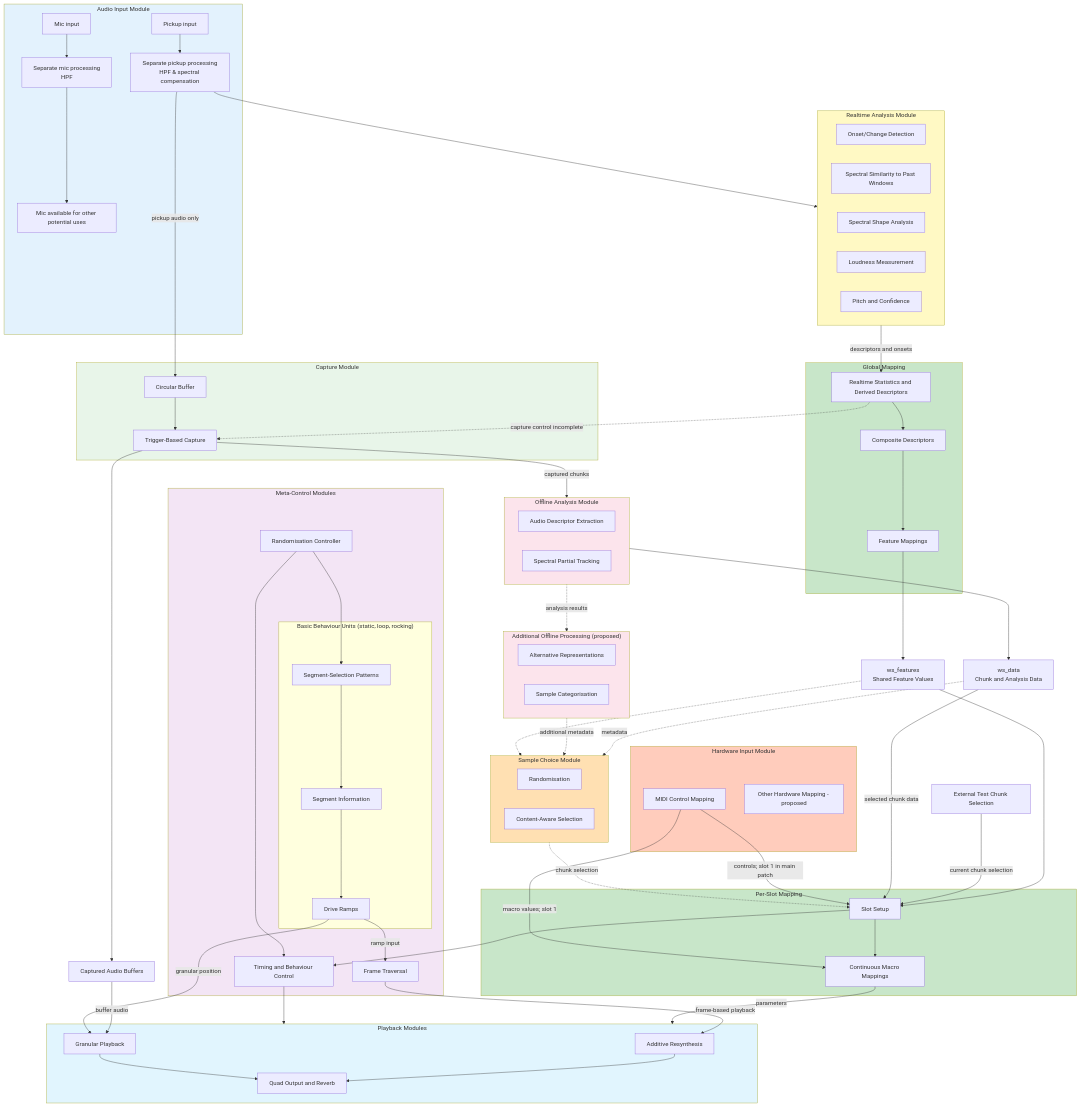
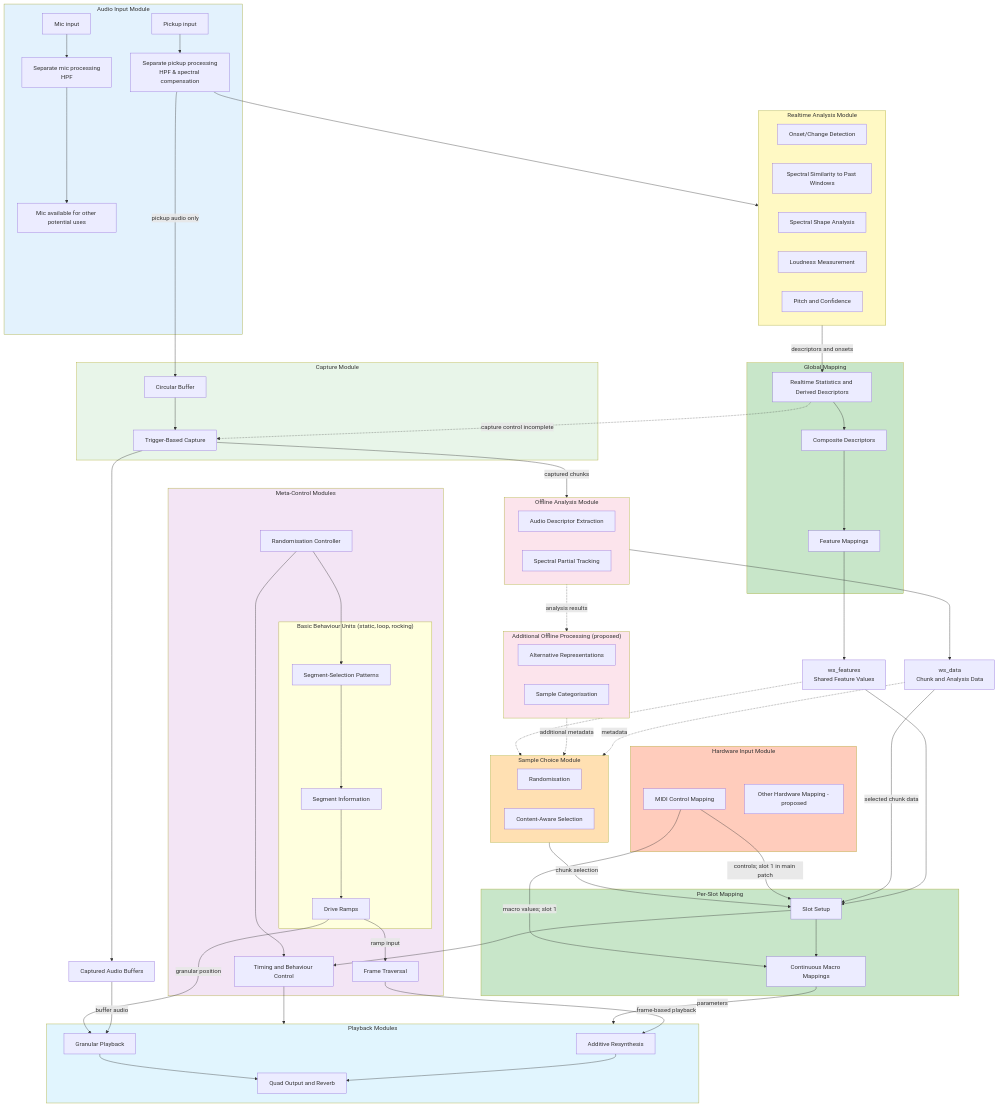
Before and after one commit to AlexHarker/wintersleep: the first of 4 diagrams in System Architecture.md, drawn with Mermaid. The commit also changed other lines of this file and 1 other file, not shown here.

```diff
--- a/System Architecture.md
+++ b/System Architecture.md
@@ -40,7 +40,6 @@
     CapturedBuffers[Captured Audio Buffers]
     ChunkData[ws_data<br/>Chunk and Analysis Data]
     Features[ws_features<br/>Shared Feature Values]
-    TestChunk[External Test Chunk Selection]
 
     subgraph Offline_Processing["Additional Offline Processing (proposed)"]
         AlternativeReps[Alternative Representations]
@@ -103,8 +102,7 @@
     ChunkData -.->|metadata| Sample_Choice
     Offline_Processing -.->|additional metadata| Sample_Choice
     Features -.-> Sample_Choice
-    Sample_Choice -.->|chunk selection| SlotSetup
-    TestChunk -->|current chunk selection| SlotSetup
+    Sample_Choice -->|chunk selection| SlotSetup
     ChunkData -->|selected chunk data| SlotSetup
     CapturedBuffers -->|buffer audio| GranularPlayback
     SlotSetup --> MacroMapping
```
